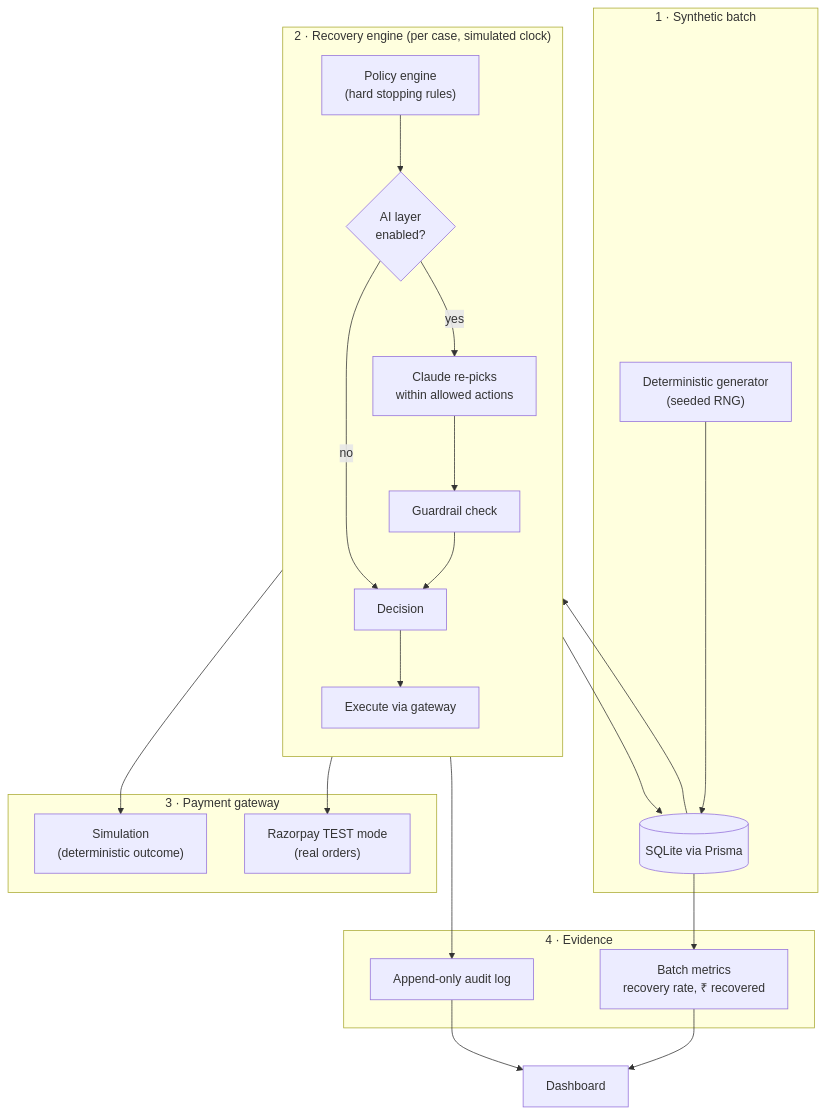
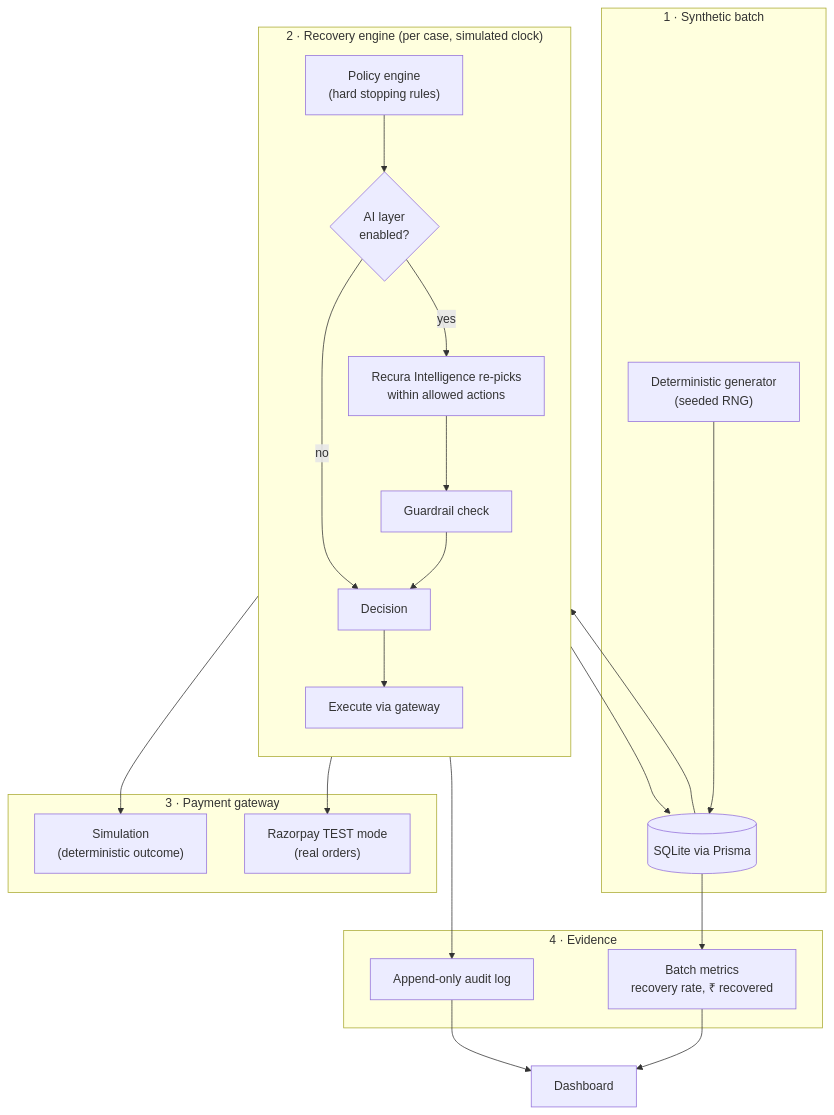
One commit to ashwin777-ctrl/recura changed the diagram in README.md. Above: the diagram before and after it, drawn with Mermaid. The commit also changed other lines of this file and 15 other files, not shown here.

````diff
--- a/README.md
+++ b/README.md
@@ -46,33 +46,33 @@
 ```mermaid
 flowchart TD
     subgraph Seed["1 · Synthetic batch"]
       G["Deterministic generator<br/>(seeded RNG)"] --> DB[(SQLite via Prisma)]
     end
 
     subgraph Engine["2 · Recovery engine (per case, simulated clock)"]
       direction TB
       P["Policy engine<br/>(hard stopping rules)"] --> A{"AI layer<br/>enabled?"}
       A -- "no" --> D["Decision"]
-      A -- "yes" --> C["Claude re-picks<br/>within allowed actions"] --> GR["Guardrail check"] --> D
+      A -- "yes" --> C["Recura Intelligence re-picks<br/>within allowed actions"] --> GR["Guardrail check"] --> D
       D --> X["Execute via gateway"]
     end
 
     subgraph GW["3 · Payment gateway"]
       SIM["Simulation<br/>(deterministic outcome)"]
       RZP["Razorpay TEST mode<br/>(real orders)"]
     end
 
     subgraph Out["4 · Evidence"]
       M["Batch metrics<br/>recovery rate, ₹ recovered"]
       AUD["Append-only audit log"]
     end
 
     DB --> P
     X --> SIM
     X --> RZP
     X --> DB
     DB --> M
     Engine --> AUD
     M --> UI["Dashboard"]
     AUD --> UI
 ```
````
